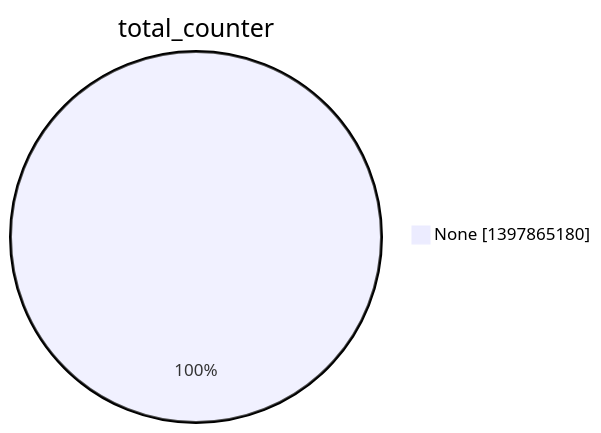
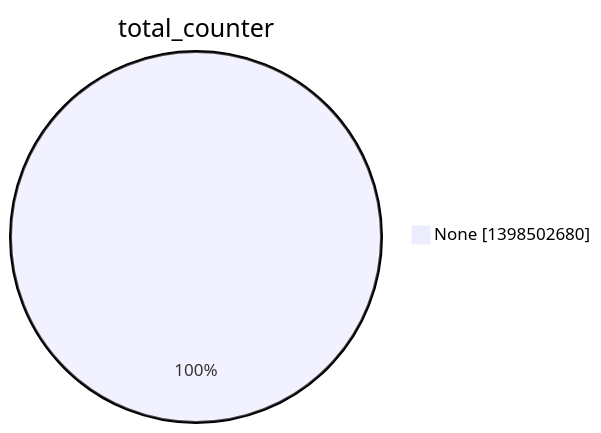
The second of 15 diagrams in argon2022/README.md (christiankrug/ctmonitor_visualization), drawn with Mermaid before and after one commit. The commit also changed other lines of this file, not shown here.

````diff
--- a/argon2022/README.md
+++ b/argon2022/README.md
@@ -9,5 +9,5 @@
 ```mermaid
 pie showData
 title total_counter
-"None" :1397865180
+"None" :1398502680
 ```
````
